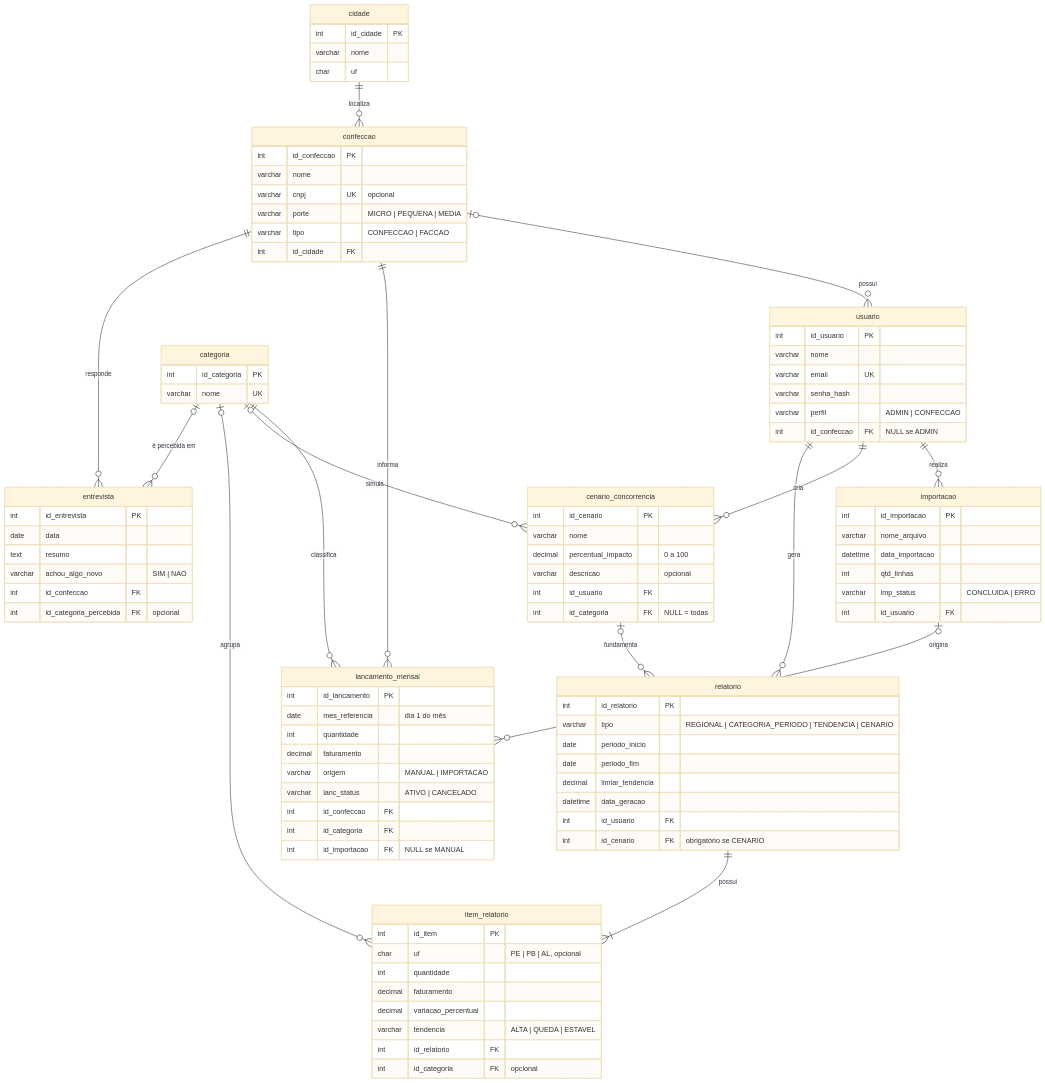
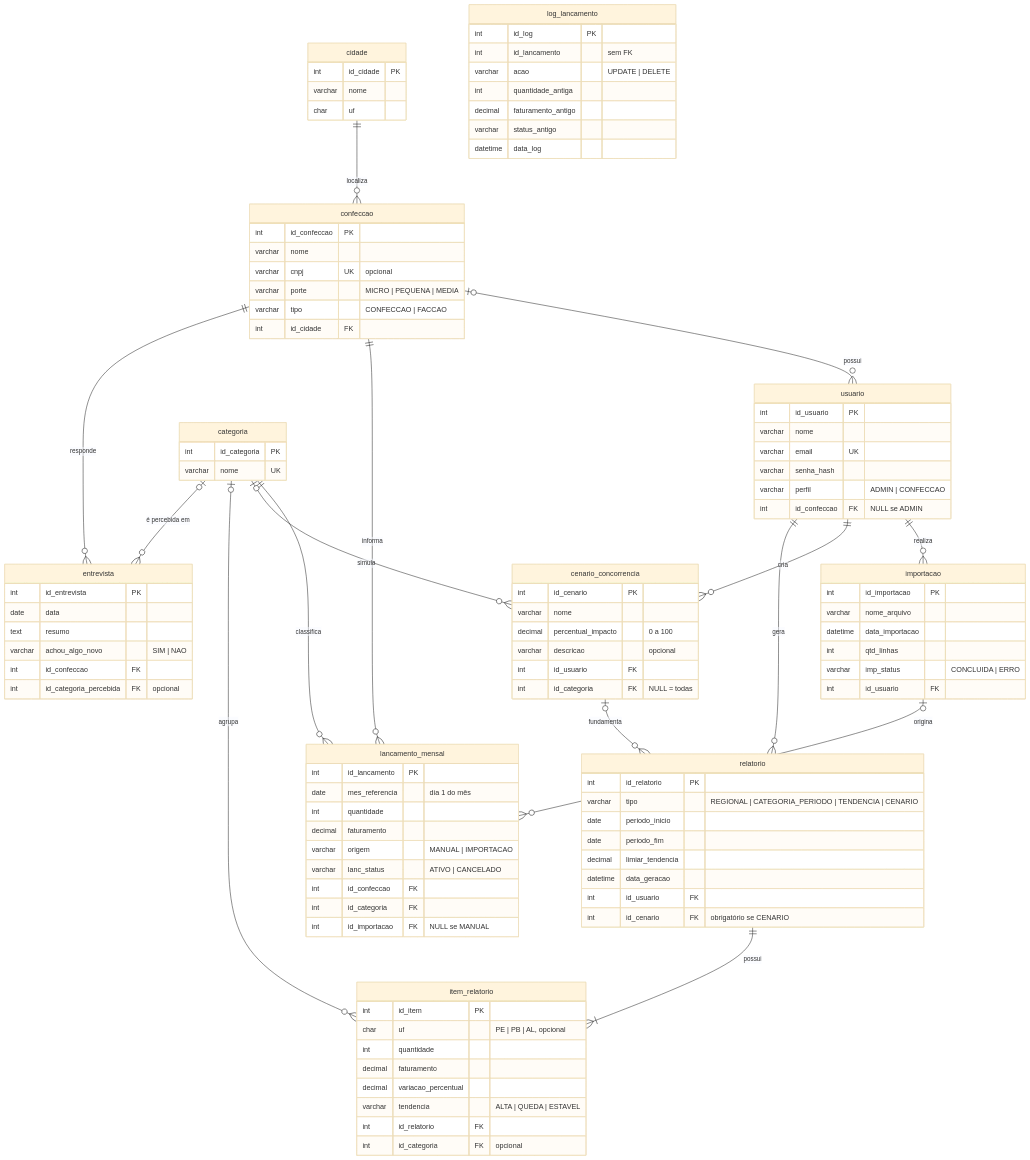
Before and after one commit to AstralCommits/Banco-de-Dados: the second of 2 diagrams in README.md, drawn with Mermaid (base theme). The commit also changed other lines of this file and 7 other files, not shown here.

````diff
--- a/README.md
+++ b/README.md
@@ -138,4 +138,13 @@
         int     id_confeccao FK
         int     id_categoria_percebida FK "opcional"
     }
+    log_lancamento {
+        int       id_log PK
+        int       id_lancamento "sem FK"
+        varchar   acao "UPDATE | DELETE"
+        int       quantidade_antiga
+        decimal   faturamento_antigo
+        varchar   status_antigo
+        datetime  data_log
+    }
 ```
````
